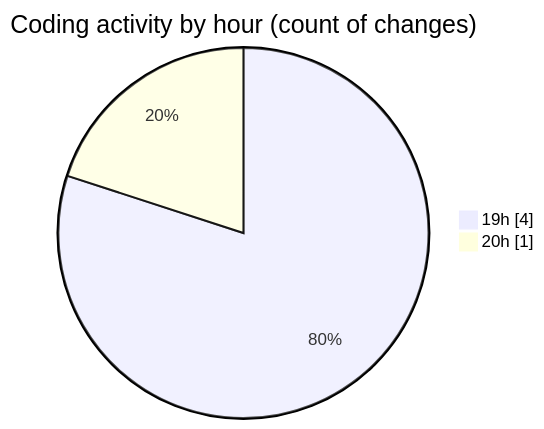
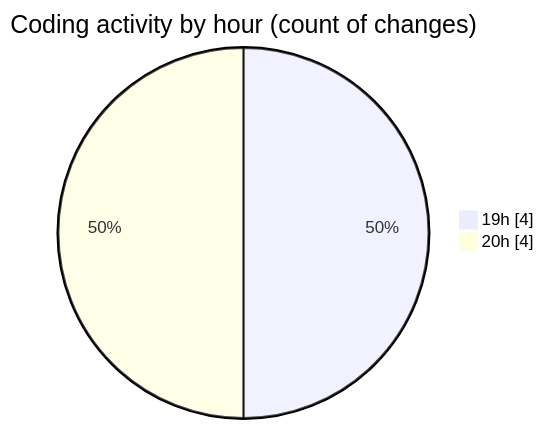
The second of 2 diagrams in 2025-02-22/coding_prac_7/README.md (NitaiMahat/code-tracking), drawn with Mermaid before and after one commit. The commit also changed other lines of this file and 1 other file, not shown here.

````diff
--- a/2025-02-22/coding_prac_7/README.md
+++ b/2025-02-22/coding_prac_7/README.md
@@ -29,6 +29,6 @@
 ```mermaid
 pie showData
 title Coding activity by hour (count of changes)
 "19h" : 4
-"20h" : 1
+"20h" : 4
 ```
````
